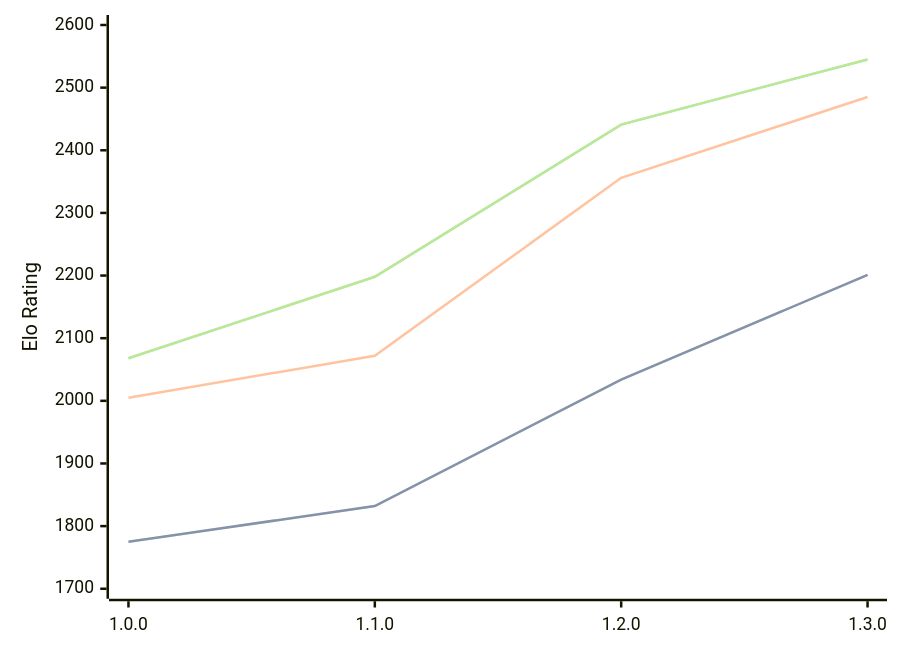
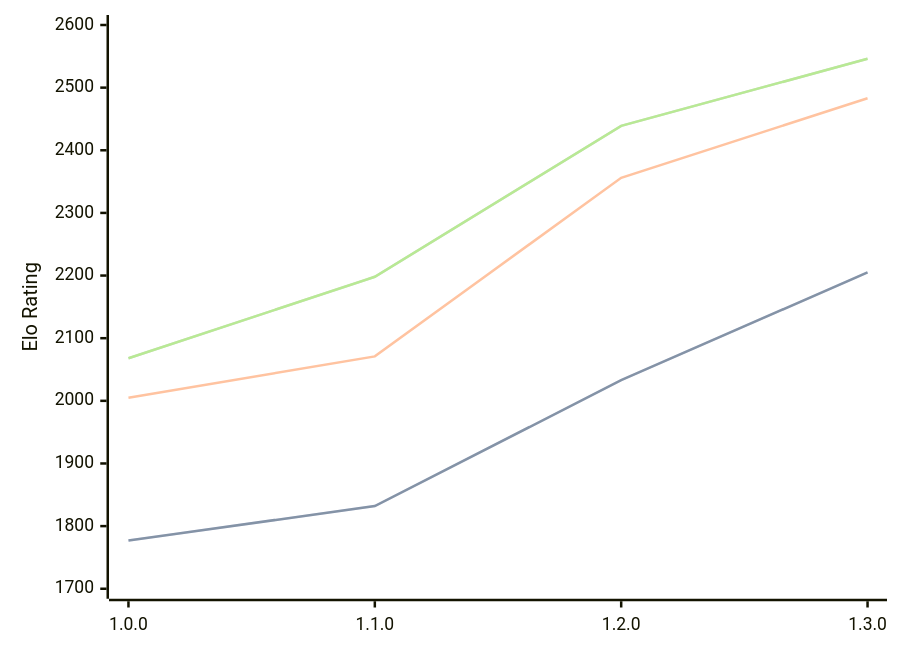
Before and after one commit to computer-chess-index/cci: the diagram in engines/Anodos.md, drawn with Mermaid. The commit also changed other lines of this file, not shown here.

Commit message:
Update CCI Ratings (ELO VLTC) - 2026-05-07

````diff
--- a/engines/Anodos.md
+++ b/engines/Anodos.md
@@ -45,11 +45,11 @@
 ```mermaid
 %%{init: {"theme":"base","themeVariables":{"seriesColors:['#a3a3a3','#222221','#faa371']}}}%%
 xychart-beta
   x-axis ["1.0.0", "1.1.0", "1.2.0", "1.3.0"]
   y-axis "Elo Rating" 1700 --> 2600
-  line "STC (8.0+0.08s)" [1775, 1832, 2034, 2201]
-  line "STC (8.0+0.08s)" [1775, 1832, 2034, 2201]
-  line "LTC (60.0+0.60s)" [2005, 2072, 2356, 2485]
-  line "VLTC (2m24s+1.12s)" [2068, 2198, 2441, 2545]
-  line "VLTC (2m24s+1.12s)" [2068, 2198, 2441, 2545]
+  line "STC (8.0+0.08s)" [1777, 1832, 2033, 2205]
+  line "STC (8.0+0.08s)" [1777, 1832, 2033, 2205]
+  line "LTC (60.0+0.60s)" [2005, 2071, 2356, 2483]
+  line "VLTC (2m24s+1.12s)" [2068, 2198, 2439, 2546]
+  line "VLTC (2m24s+1.12s)" [2068, 2198, 2439, 2546]
 ```
````
